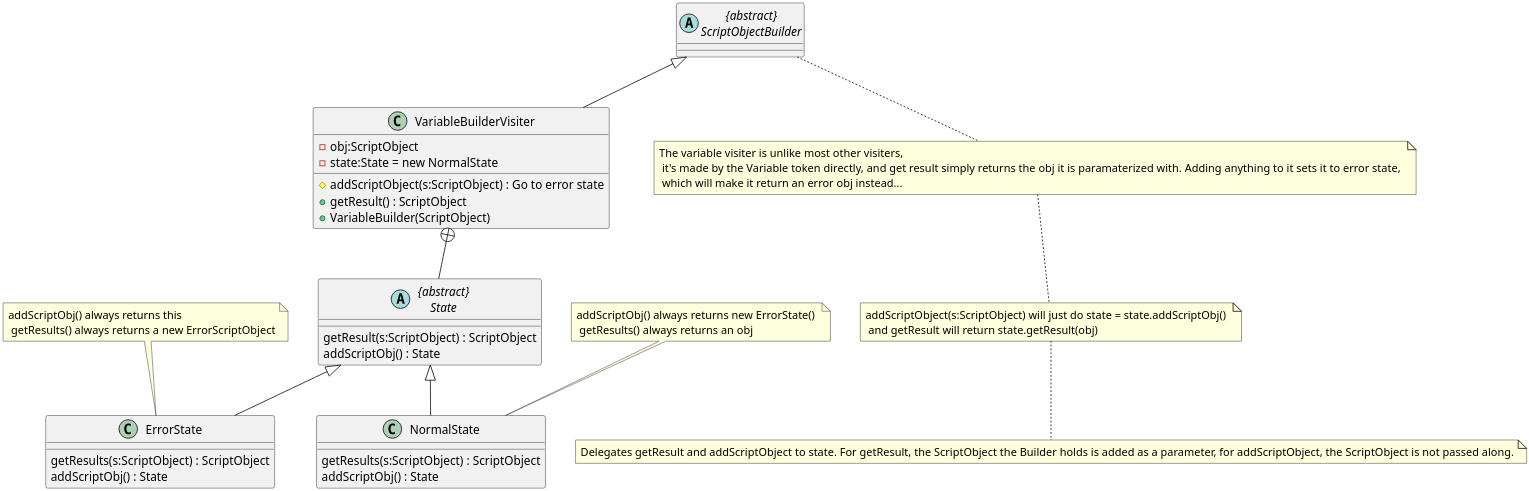
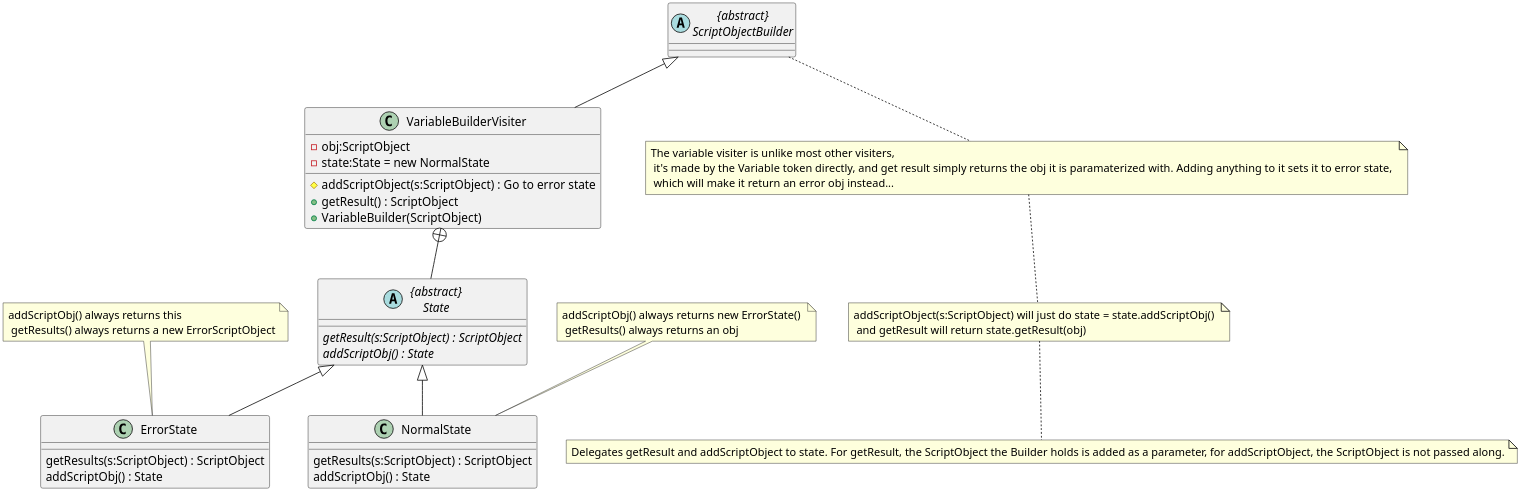
The diagram in Builder/Variablebuilder.org (MatthewBregg/DesignPatternsRepo), drawn with PlantUML before and after one commit. The commit also changed 13 other files, not shown here.

```diff
--- a/Builder/Variablebuilder.org
+++ b/Builder/Variablebuilder.org
@@ -1,40 +1,40 @@
   #+BEGIN_SRC plantuml :file Variablebuilder.png
 skinparam dpi 300
 class VariableBuilderVisiter
 
 abstract class ScriptObjectBuilder as "{abstract}\nScriptObjectBuilder"
 
 ScriptObjectBuilder <|-- VariableBuilderVisiter
 
 VariableBuilderVisiter : #addScriptObject(s:ScriptObject) : Go to error state
 VariableBuilderVisiter : +getResult() : ScriptObject 
 VariableBuilderVisiter : -obj:ScriptObject
 VariableBuilderVisiter : -state:State = new NormalState
 VariableBuilderVisiter : +VariableBuilder(ScriptObject)
 
 note bottom : The variable visiter is unlike most other visiters,\n it's made by the Variable token directly, and get result simply returns the obj it is paramaterized with. Adding anything to it sets it to error state, \n which will make it return an error obj instead...
 note bottom : addScriptObject(s:ScriptObject) will just do state = state.addScriptObj() \n and getResult will return state.getResult(obj)
 note bottom : Delegates getResult and addScriptObject to state. For getResult, the ScriptObject the Builder holds is added as a parameter, for addScriptObject, the ScriptObject is not passed along. 
 
 abstract class State as "{abstract}\nState"
-State : getResult(s:ScriptObject) : ScriptObject
-State : addScriptObj() : State
+State : {abstract}getResult(s:ScriptObject) : ScriptObject
+State : {abstract}addScriptObj() : State
 
 VariableBuilderVisiter +-- State
 
 class ErrorState 
 ErrorState : getResults(s:ScriptObject) : ScriptObject
 ErrorState : addScriptObj() : State 
 
 note top : addScriptObj() always returns this \n getResults() always returns a new ErrorScriptObject
 
 class NormalState 
 NormalState : getResults(s:ScriptObject) : ScriptObject
 NormalState : addScriptObj() : State 
 
 State <|-- ErrorState
 State <|-- NormalState
 
 note top : addScriptObj() always returns new ErrorState() \n getResults() always returns an obj
 
   #+END_SRC
```
